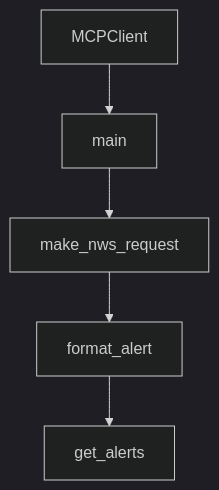
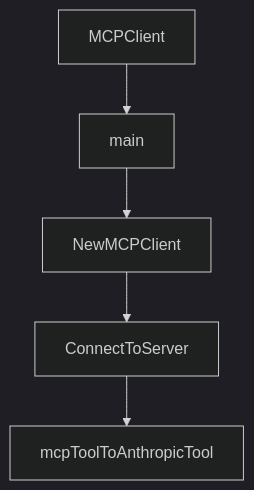
Before and after one commit to johnxie/awesome-code-docs: the diagram in tutorials/mcp-quickstart-resources-tutorial/01-getting-started-and-repository-topology.md, drawn with Mermaid (dark theme). The commit also changed other lines of this file and 1232 other files, not shown here.

````diff
--- a/tutorials/mcp-quickstart-resources-tutorial/01-getting-started-and-repository-topology.md
+++ b/tutorials/mcp-quickstart-resources-tutorial/01-getting-started-and-repository-topology.md
@@ -208,12 +206,12 @@
 ```mermaid
 flowchart TD
     A[MCPClient]
     B[main]
-    C[make_nws_request]
-    D[format_alert]
-    E[get_alerts]
+    C[NewMCPClient]
+    D[ConnectToServer]
+    E[mcpToolToAnthropicTool]
     A --> B
     B --> C
     C --> D
     D --> E
 ```
````
